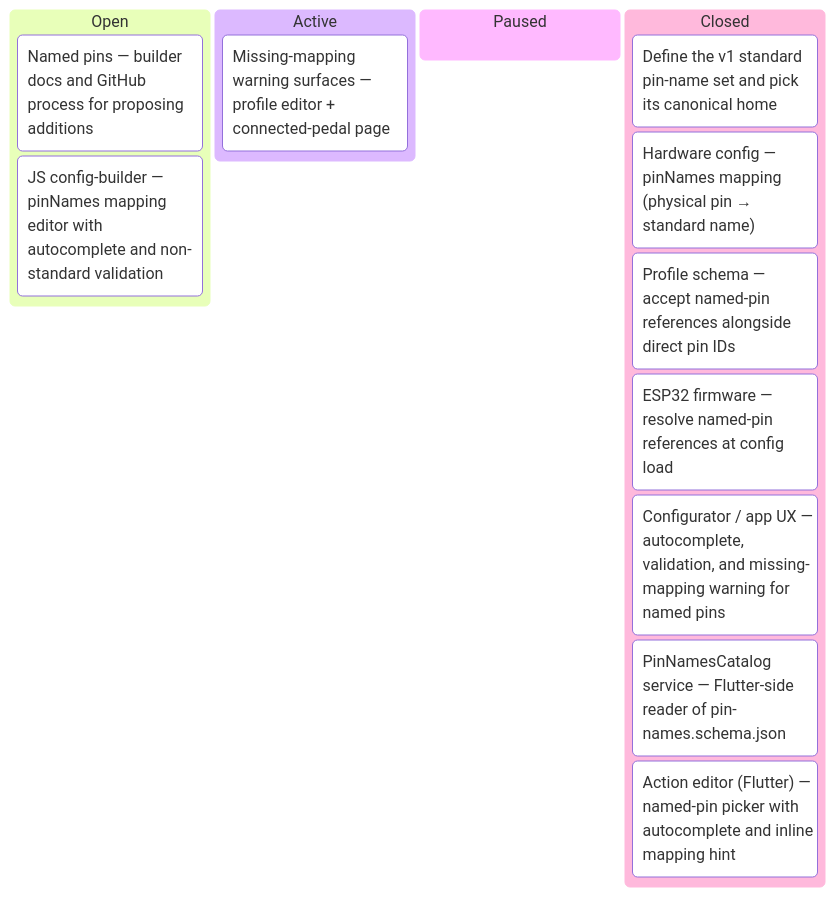
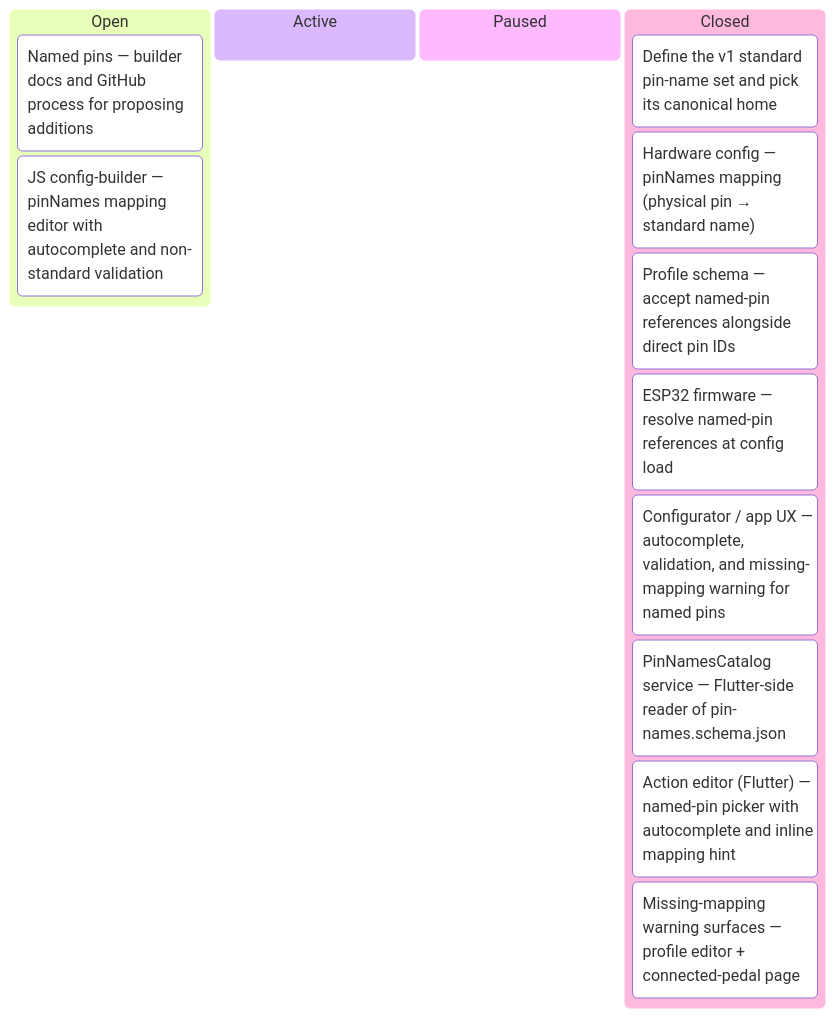
Before and after one commit to tgd1975/AwesomeGuitarPedal: the fourth of 9 diagrams in docs/developers/tasks/KANBAN.md, drawn with Mermaid. The commit also changed other lines of this file and 8 other files, not shown here.

First line of the commit message:
close TASK-391: missing-mapping warning surfaces (EPIC-029)

````diff
--- a/docs/developers/tasks/KANBAN.md
+++ b/docs/developers/tasks/KANBAN.md
@@ -52,17 +52,17 @@
 ```mermaid
 kanban
   Open
     TASK_382["Named pins — builder docs and GitHub process for proposing additions"]
     TASK_392["JS config-builder — pinNames mapping editor with autocomplete and non-standard validation"]
   Active
-    TASK_391["Missing-mapping warning surfaces — profile editor + connected-pedal page"]
   Paused
   Closed
     TASK_377["Define the v1 standard pin-name set and pick its canonical home"]
     TASK_378["Hardware config — pinNames mapping (physical pin → standard name)"]
     TASK_379["Profile schema — accept named-pin references alongside direct pin IDs"]
     TASK_380["ESP32 firmware — resolve named-pin references at config load"]
     TASK_381["Configurator / app UX — autocomplete, validation, and missing-mapping warning for named pins"]
     TASK_389["PinNamesCatalog service — Flutter-side reader of pin-names.schema.json"]
     TASK_390["Action editor (Flutter) — named-pin picker with autocomplete and inline mapping hint"]
+    TASK_391["Missing-mapping warning surfaces — profile editor + connected-pedal page"]
 ```
````
